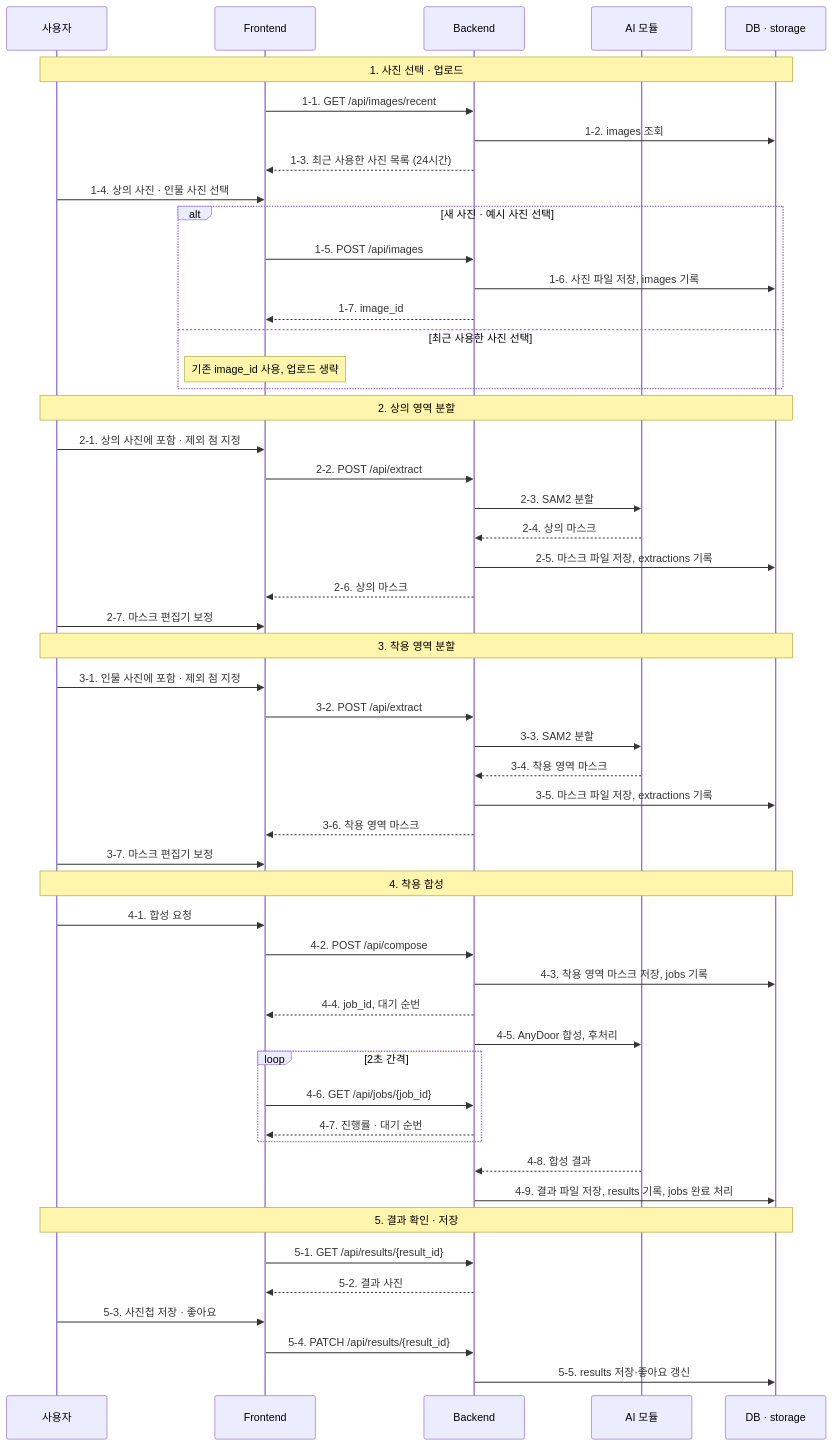
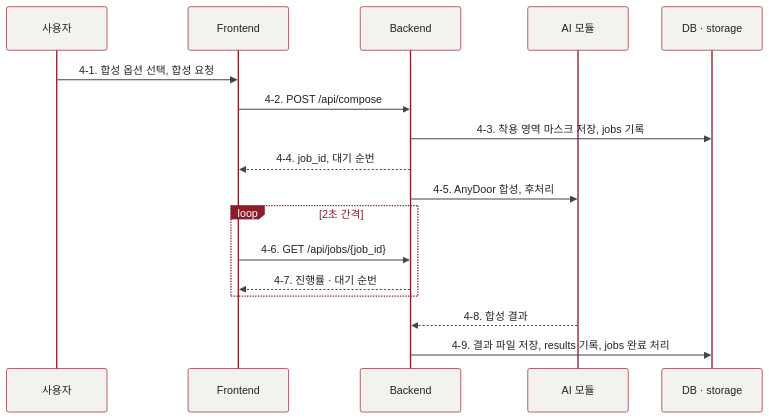
One commit to Jenny5789/CGI_MOA changed the sixth of 7 diagrams in README.md. Above: the diagram before and after it, drawn with Mermaid. The commit also changed other lines of this file and 5 other files, not shown here.

````diff
--- a/README.md
+++ b/README.md
@@ -209,59 +289,20 @@
 ```mermaid
+%%{init: {'theme':'base','themeVariables':{'primaryColor':'#f4f2ee','primaryBorderColor':'#8c1d2b','primaryTextColor':'#222222','lineColor':'#444444','noteBkgColor':'#8c1d2b','noteTextColor':'#ffffff','noteBorderColor':'#8c1d2b','labelBoxBkgColor':'#8c1d2b','labelBoxBorderColor':'#8c1d2b','labelTextColor':'#ffffff','loopTextColor':'#8c1d2b','signalColor':'#444444','signalTextColor':'#222222'}}}%%
 sequenceDiagram
     participant U as 사용자
     participant F as Frontend
     participant B as Backend
     participant A as AI 모듈
     participant S as DB · storage
-
-    Note over U,S: 1. 사진 선택 · 업로드
-    F->>B: 1-1. GET /api/images/recent
-    B->>S: 1-2. images 조회
-    B-->>F: 1-3. 최근 사용한 사진 목록 (24시간)
-    U->>F: 1-4. 상의 사진 · 인물 사진 선택
-    alt 새 사진 · 예시 사진 선택
-        F->>B: 1-5. POST /api/images
-        B->>S: 1-6. 사진 파일 저장, images 기록
-        B-->>F: 1-7. image_id
-    else 최근 사용한 사진 선택
-        Note over F: 기존 image_id 사용, 업로드 생략
-    end
-
-    Note over U,S: 2. 상의 영역 분할
-    U->>F: 2-1. 상의 사진에 포함 · 제외 점 지정
-    F->>B: 2-2. POST /api/extract
-    B->>A: 2-3. SAM2 분할
-    A-->>B: 2-4. 상의 마스크
-    B->>S: 2-5. 마스크 파일 저장, extractions 기록
-    B-->>F: 2-6. 상의 마스크
-    U->>F: 2-7. 마스크 편집기 보정
-
-    Note over U,S: 3. 착용 영역 분할
-    U->>F: 3-1. 인물 사진에 포함 · 제외 점 지정
-    F->>B: 3-2. POST /api/extract
-    B->>A: 3-3. SAM2 분할
-    A-->>B: 3-4. 착용 영역 마스크
-    B->>S: 3-5. 마스크 파일 저장, extractions 기록
-    B-->>F: 3-6. 착용 영역 마스크
-    U->>F: 3-7. 마스크 편집기 보정
-
-    Note over U,S: 4. 착용 합성
-    U->>F: 4-1. 합성 요청
+    U->>F: 4-1. 합성 옵션 선택, 합성 요청
     F->>B: 4-2. POST /api/compose
     B->>S: 4-3. 착용 영역 마스크 저장, jobs 기록
     B-->>F: 4-4. job_id, 대기 순번
     B->>A: 4-5. AnyDoor 합성, 후처리
     loop 2초 간격
         F->>B: 4-6. GET /api/jobs/{job_id}
         B-->>F: 4-7. 진행률 · 대기 순번
     end
     A-->>B: 4-8. 합성 결과
     B->>S: 4-9. 결과 파일 저장, results 기록, jobs 완료 처리
-
-    Note over U,S: 5. 결과 확인 · 저장
-    F->>B: 5-1. GET /api/results/{result_id}
-    B-->>F: 5-2. 결과 사진
-    U->>F: 5-3. 사진첩 저장 · 좋아요
-    F->>B: 5-4. PATCH /api/results/{result_id}
-    B->>S: 5-5. results 저장·좋아요 갱신
 ```
````
